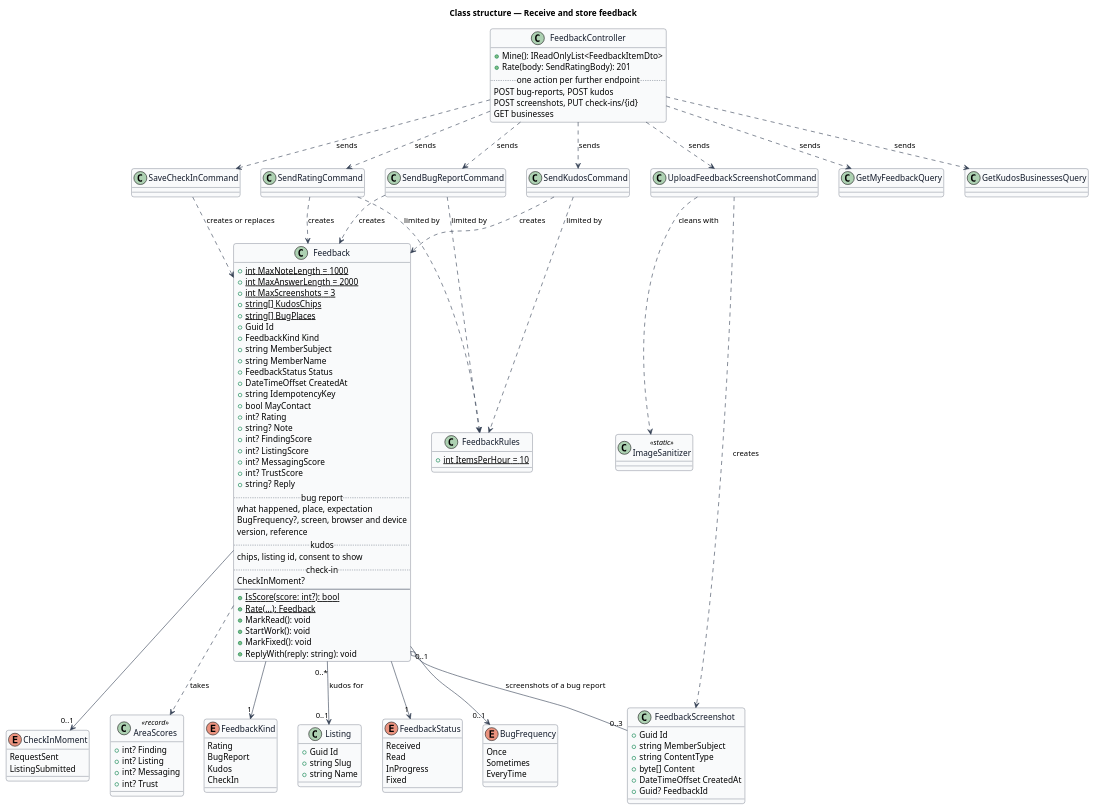
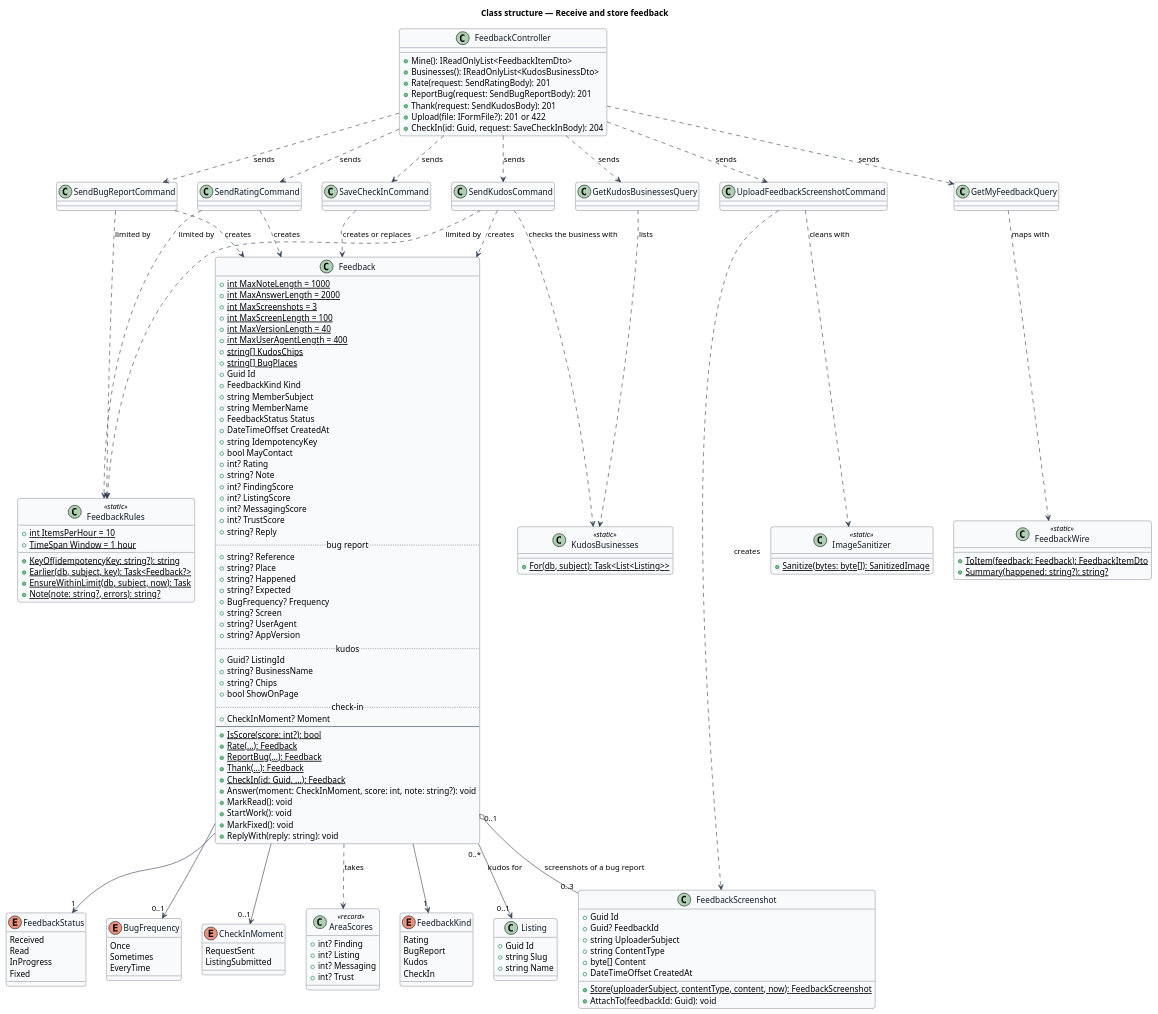
The diagram in docs/detailed-designs/feedback/receive-and-store-feedback/diagrams/class-structure.puml (QuinntyneBrown/jubilee), drawn with PlantUML before and after one commit. The commit also changed 56 other files, not shown here.

```diff
--- a/docs/detailed-designs/feedback/receive-and-store-feedback/diagrams/class-structure.puml
+++ b/docs/detailed-designs/feedback/receive-and-store-feedback/diagrams/class-structure.puml
@@ -1,147 +1,184 @@
 @startuml
 ' --- shared skin header ---
 skinparam backgroundColor #FFFFFF
 skinparam shadowing false
 skinparam roundcorner 8
 skinparam defaultFontName Arial
 skinparam ArrowColor #344054
 skinparam class {
   BorderColor #344054
   FontColor #101828
   BackgroundColor #F9FAFB
 }
 ' --------------------------
 title Class structure — Receive and store feedback
 
 enum FeedbackKind {
   Rating
   BugReport
   Kudos
   CheckIn
 }
 
 enum FeedbackStatus {
   Received
   Read
   InProgress
   Fixed
 }
 
 enum BugFrequency {
   Once
   Sometimes
   EveryTime
 }
 
 enum CheckInMoment {
   RequestSent
   ListingSubmitted
 }
 
 class AreaScores <<record>> {
   +int? Finding
   +int? Listing
   +int? Messaging
   +int? Trust
 }
 
 class Feedback {
   +{static} int MaxNoteLength = 1000
   +{static} int MaxAnswerLength = 2000
   +{static} int MaxScreenshots = 3
+  +{static} int MaxScreenLength = 100
+  +{static} int MaxVersionLength = 40
+  +{static} int MaxUserAgentLength = 400
   +{static} string[] KudosChips
   +{static} string[] BugPlaces
   +Guid Id
   +FeedbackKind Kind
   +string MemberSubject
   +string MemberName
   +FeedbackStatus Status
   +DateTimeOffset CreatedAt
   +string IdempotencyKey
   +bool MayContact
   +int? Rating
   +string? Note
   +int? FindingScore
   +int? ListingScore
   +int? MessagingScore
   +int? TrustScore
   +string? Reply
   .. bug report ..
-  what happened, place, expectation
-  BugFrequency?, screen, browser and device
-  version, reference
+  +string? Reference
+  +string? Place
+  +string? Happened
+  +string? Expected
+  +BugFrequency? Frequency
+  +string? Screen
+  +string? UserAgent
+  +string? AppVersion
   .. kudos ..
-  chips, listing id, consent to show
+  +Guid? ListingId
+  +string? BusinessName
+  +string? Chips
+  +bool ShowOnPage
   .. check-in ..
-  CheckInMoment?
+  +CheckInMoment? Moment
   --
   +{static} IsScore(score: int?): bool
   +{static} Rate(...): Feedback
+  +{static} ReportBug(...): Feedback
+  +{static} Thank(...): Feedback
+  +{static} CheckIn(id: Guid, ...): Feedback
+  +Answer(moment: CheckInMoment, score: int, note: string?): void
   +MarkRead(): void
   +StartWork(): void
   +MarkFixed(): void
   +ReplyWith(reply: string): void
 }
 
 class FeedbackScreenshot {
   +Guid Id
-  +string MemberSubject
+  +Guid? FeedbackId
+  +string UploaderSubject
   +string ContentType
   +byte[] Content
   +DateTimeOffset CreatedAt
-  +Guid? FeedbackId
+  +{static} Store(uploaderSubject, contentType, content, now): FeedbackScreenshot
+  +AttachTo(feedbackId: Guid): void
 }
 
 class Listing {
   +Guid Id
   +string Slug
   +string Name
 }
 
 class FeedbackController {
   +Mine(): IReadOnlyList<FeedbackItemDto>
-  +Rate(body: SendRatingBody): 201
-  .. one action per further endpoint ..
-  POST bug-reports, POST kudos
-  POST screenshots, PUT check-ins/{id}
-  GET businesses
+  +Businesses(): IReadOnlyList<KudosBusinessDto>
+  +Rate(request: SendRatingBody): 201
+  +ReportBug(request: SendBugReportBody): 201
+  +Thank(request: SendKudosBody): 201
+  +Upload(file: IFormFile?): 201 or 422
+  +CheckIn(id: Guid, request: SaveCheckInBody): 204
 }
 
 class SendRatingCommand
 class SendBugReportCommand
 class SendKudosCommand
 class SaveCheckInCommand
 class UploadFeedbackScreenshotCommand
 class GetMyFeedbackQuery
 class GetKudosBusinessesQuery
 
-class FeedbackRules {
+class FeedbackRules <<static>> {
   +{static} int ItemsPerHour = 10
+  +{static} TimeSpan Window = 1 hour
+  +{static} KeyOf(idempotencyKey: string?): string
+  +{static} Earlier(db, subject, key): Task<Feedback?>
+  +{static} EnsureWithinLimit(db, subject, now): Task
+  +{static} Note(note: string?, errors): string?
 }
 
-class ImageSanitizer <<static>>
+class FeedbackWire <<static>> {
+  +{static} ToItem(feedback: Feedback): FeedbackItemDto
+  +{static} Summary(happened: string?): string?
+}
+
+class KudosBusinesses <<static>> {
+  +{static} For(db, subject): Task<List<Listing>>
+}
+
+class ImageSanitizer <<static>> {
+  +{static} Sanitize(bytes: byte[]): SanitizedImage
+}
 
 Feedback --> "1" FeedbackKind
 Feedback --> "1" FeedbackStatus
 Feedback --> "0..1" BugFrequency
 Feedback --> "0..1" CheckInMoment
 Feedback ..> AreaScores : takes
 Feedback "0..1" o-- "0..3" FeedbackScreenshot : screenshots of a bug report
 Feedback "0..*" --> "0..1" Listing : kudos for
 FeedbackController ..> SendRatingCommand : sends
 FeedbackController ..> SendBugReportCommand : sends
 FeedbackController ..> SendKudosCommand : sends
 FeedbackController ..> SaveCheckInCommand : sends
 FeedbackController ..> UploadFeedbackScreenshotCommand : sends
 FeedbackController ..> GetMyFeedbackQuery : sends
 FeedbackController ..> GetKudosBusinessesQuery : sends
 SendRatingCommand ..> Feedback : creates
 SendBugReportCommand ..> Feedback : creates
 SendKudosCommand ..> Feedback : creates
 SaveCheckInCommand ..> Feedback : creates or replaces
 UploadFeedbackScreenshotCommand ..> FeedbackScreenshot : creates
 UploadFeedbackScreenshotCommand ..> ImageSanitizer : cleans with
 SendRatingCommand ..> FeedbackRules : limited by
 SendBugReportCommand ..> FeedbackRules : limited by
 SendKudosCommand ..> FeedbackRules : limited by
+SendKudosCommand ..> KudosBusinesses : checks the business with
+GetKudosBusinessesQuery ..> KudosBusinesses : lists
+GetMyFeedbackQuery ..> FeedbackWire : maps with
 @enduml
```
